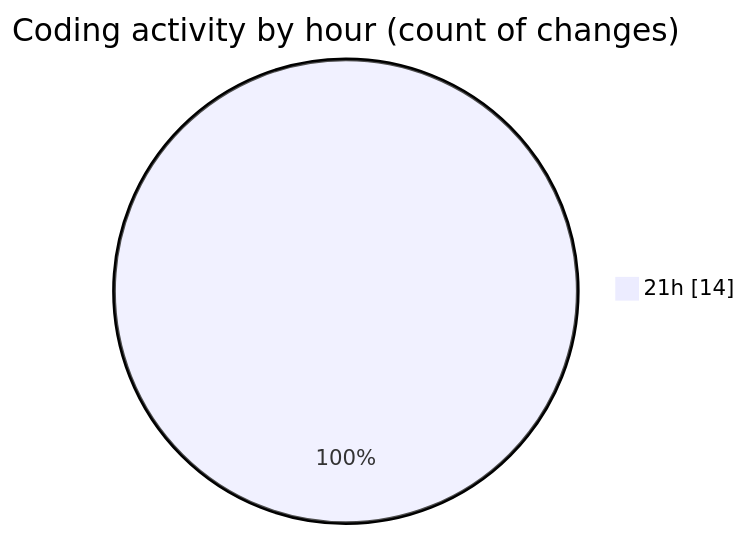
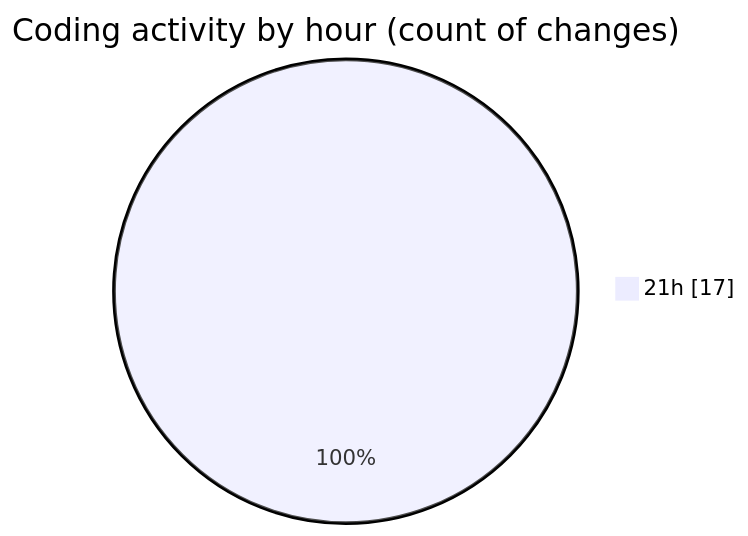
One commit to momahboobian/code-tracking changed the second of 2 diagrams in 2025-01-14/github-activity-tracker/README.md. Above: the diagram before and after it, drawn with Mermaid. The commit also changed other lines of this file and 1 other file, not shown here.

````diff
--- a/2025-01-14/github-activity-tracker/README.md
+++ b/2025-01-14/github-activity-tracker/README.md
@@ -30,5 +30,5 @@
 ```mermaid
 pie showData
 title Coding activity by hour (count of changes)
-"21h" : 14
+"21h" : 17
 ```
````
